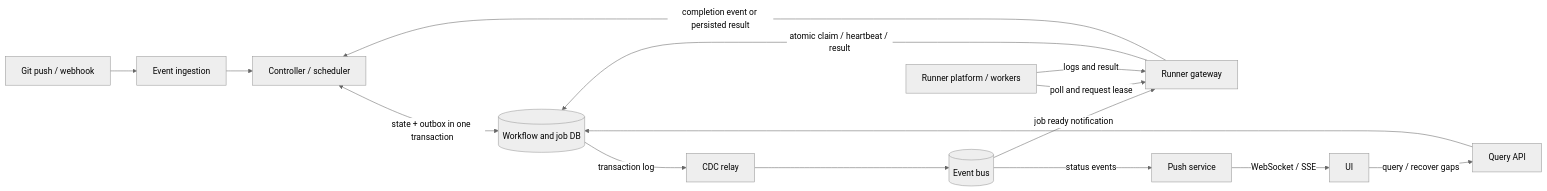
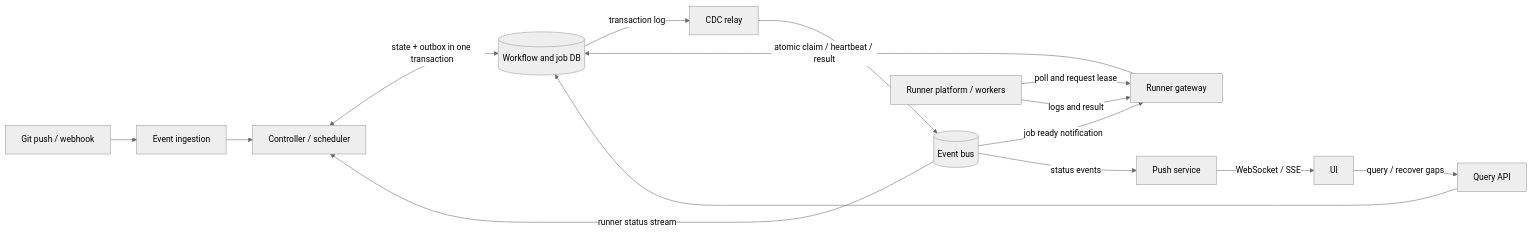
Before and after one commit to Sam120204/System-Design: the second of 2 diagrams in Layered Architecture/CICD/Giuhub-Action-Case.md, drawn with Mermaid (neutral theme). The commit also changed other lines of this file, not shown here.

Commit message:
docs: show streaming runner status feedback

````diff
--- a/Layered Architecture/CICD/Giuhub-Action-Case.md
+++ b/Layered Architecture/CICD/Giuhub-Action-Case.md
@@ -59,17 +59,17 @@
 ```mermaid
 flowchart LR
     A[Git push / webhook] --> B[Event ingestion]
     B --> C[Controller / scheduler]
     C <-->|state + outbox in one transaction| D[(Workflow and job DB)]
     D -->|transaction log| E[CDC relay]
     E --> F[(Event bus)]
     F -->|job ready notification| G[Runner gateway]
+    F -->|runner status stream| C
     H[Runner platform / workers] -->|poll and request lease| G
     G -->|atomic claim / heartbeat / result| D
     H -->|logs and result| G
     F -->|status events| I[Push service]
     I -->|WebSocket / SSE| J[UI]
     J -->|query / recover gaps| K[Query API]
     K --> D
-    G -->|completion event or persisted result| C
 ```
````
